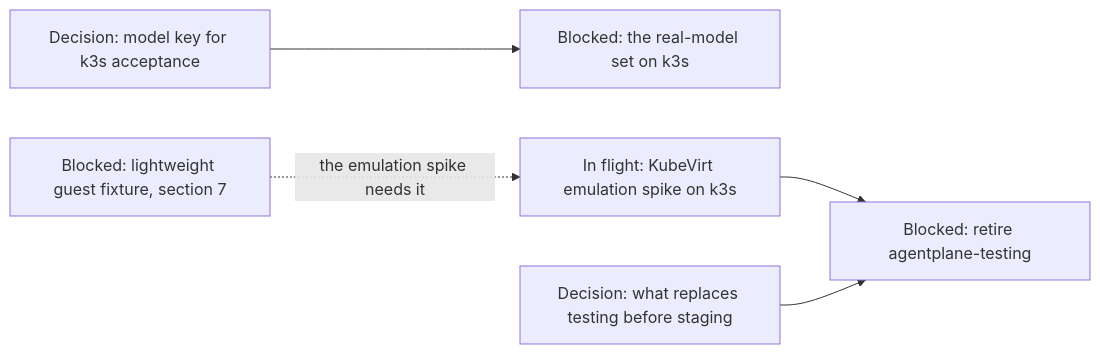
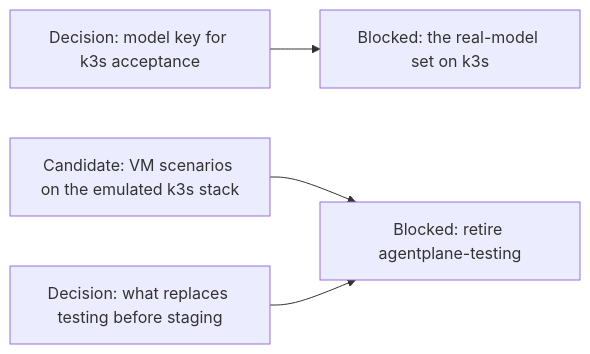
One commit to agentydragon-agent/ducktape changed diagram 18 of 19 in agentplane/plans/task_dag.md. Above: the diagram before and after it, drawn with Mermaid. The commit also changed other lines of this file and 22 other files, not shown here.

First line of the commit message:
agentplane: boot a VM Sandbox on the k3s stack under KubeVirt emulation

````diff
--- a/agentplane/plans/task_dag.md
+++ b/agentplane/plans/task_dag.md
@@ -1992,13 +1963,11 @@
 ```mermaid
 flowchart LR
     K3S_MODEL_CREDENTIALS[Decision: model key for k3s acceptance]
     K3S_MODEL_SCENARIOS[Blocked: the real-model set on k3s]
-    K3S_VM_ACCEPTANCE[In flight: KubeVirt emulation spike on k3s]
-    K3S_VM_IMAGE[Blocked: lightweight guest fixture, section 7]
+    K3S_VM_ACCEPTANCE[Candidate: VM scenarios on the emulated k3s stack]
     TESTING_ROLLOUT_ROLE[Decision: what replaces testing before staging]
     TESTING_ENVIRONMENT_RETIRE[Blocked: retire agentplane-testing]
     K3S_MODEL_CREDENTIALS --> K3S_MODEL_SCENARIOS
-    K3S_VM_IMAGE -. the emulation spike needs it .-> K3S_VM_ACCEPTANCE
     K3S_VM_ACCEPTANCE --> TESTING_ENVIRONMENT_RETIRE
     TESTING_ROLLOUT_ROLE --> TESTING_ENVIRONMENT_RETIRE
 ```
````
